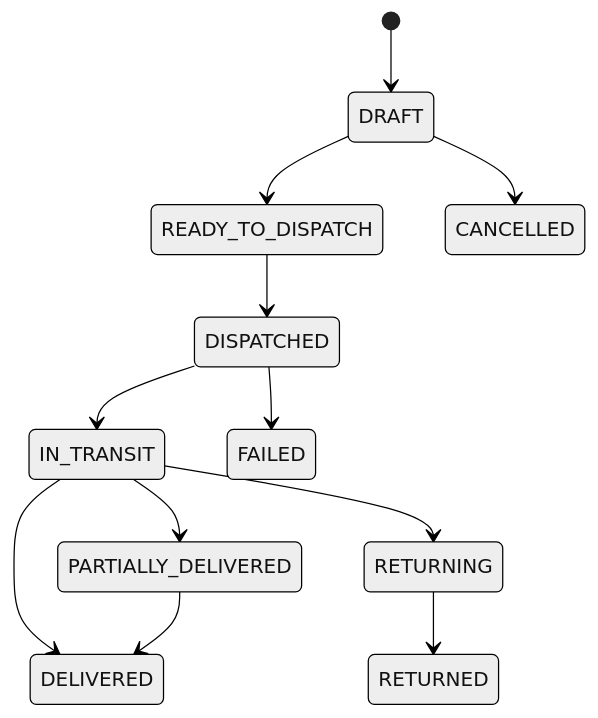
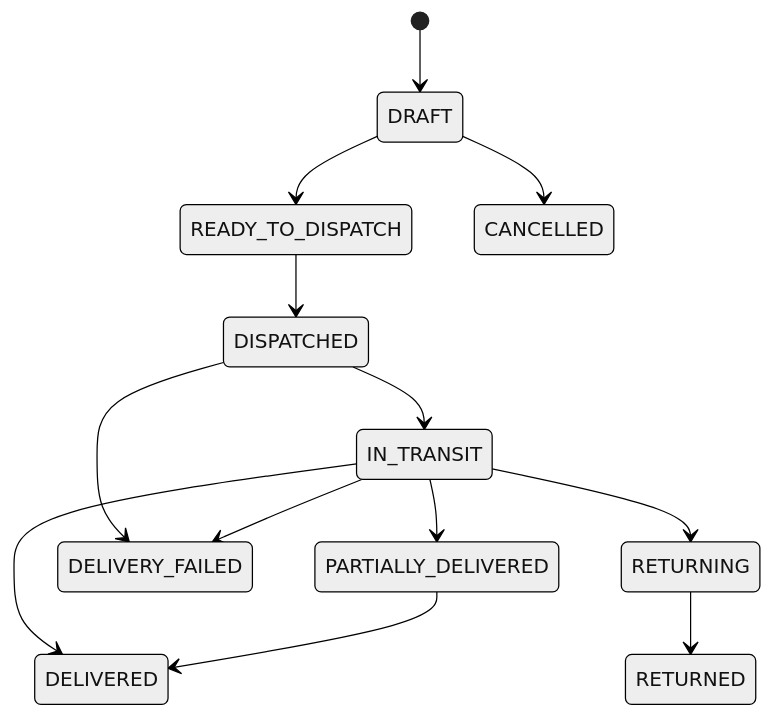
The second of 2 diagrams in docs/orders-production/04-status-state-map.md (hoangthang1209-byte/attd.vn), drawn with Mermaid (neutral theme) before and after one commit. The commit also changed other lines of this file and 7 other files, not shown here.

````diff
--- a/docs/orders-production/04-status-state-map.md
+++ b/docs/orders-production/04-status-state-map.md
@@ -90,14 +90,15 @@
 ```mermaid
 stateDiagram-v2
   [*] --> DRAFT
   DRAFT --> READY_TO_DISPATCH
   READY_TO_DISPATCH --> DISPATCHED
   DISPATCHED --> IN_TRANSIT
   IN_TRANSIT --> PARTIALLY_DELIVERED
   IN_TRANSIT --> DELIVERED
   PARTIALLY_DELIVERED --> DELIVERED
-  DISPATCHED --> FAILED
+  DISPATCHED --> DELIVERY_FAILED
+  IN_TRANSIT --> DELIVERY_FAILED
   IN_TRANSIT --> RETURNING
   RETURNING --> RETURNED
   DRAFT --> CANCELLED
 ```
````
